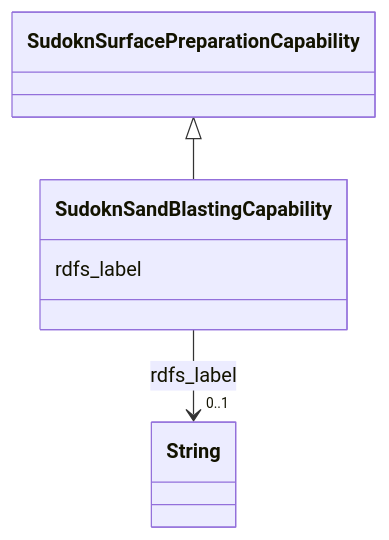
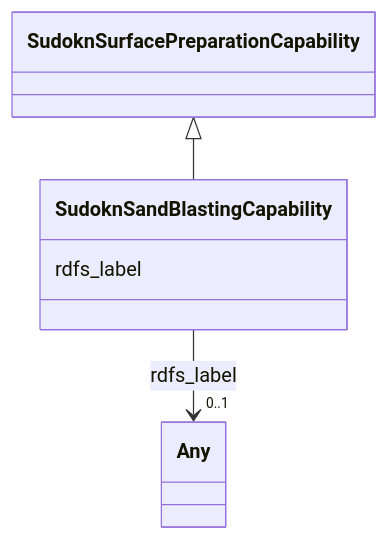
Before and after one commit to frink-okn/graph-descriptions: the diagram in sudokn-kg/classes/SudoknSandBlastingCapability.md, drawn with Mermaid. The commit also changed other lines of this file and 903 other files, not shown here.

````diff
--- a/sudokn-kg/classes/SudoknSandBlastingCapability.md
+++ b/sudokn-kg/classes/SudoknSandBlastingCapability.md
@@ -23,18 +18,18 @@
 ```mermaid
  classDiagram
     class SudoknSandBlastingCapability
     click SudoknSandBlastingCapability href "../SudoknSandBlastingCapability"
       SudoknSurfacePreparationCapability <|-- SudoknSandBlastingCapability
         click SudoknSurfacePreparationCapability href "../SudoknSurfacePreparationCapability"
       
       SudoknSandBlastingCapability : rdfs_label
         
           
     
     
-    SudoknSandBlastingCapability --> "0..1" String : rdfs_label
-    click String href "../String"
+    SudoknSandBlastingCapability --> "0..1" Any : rdfs_label
+    click Any href "../Any"
 
         
       
 ```
````
